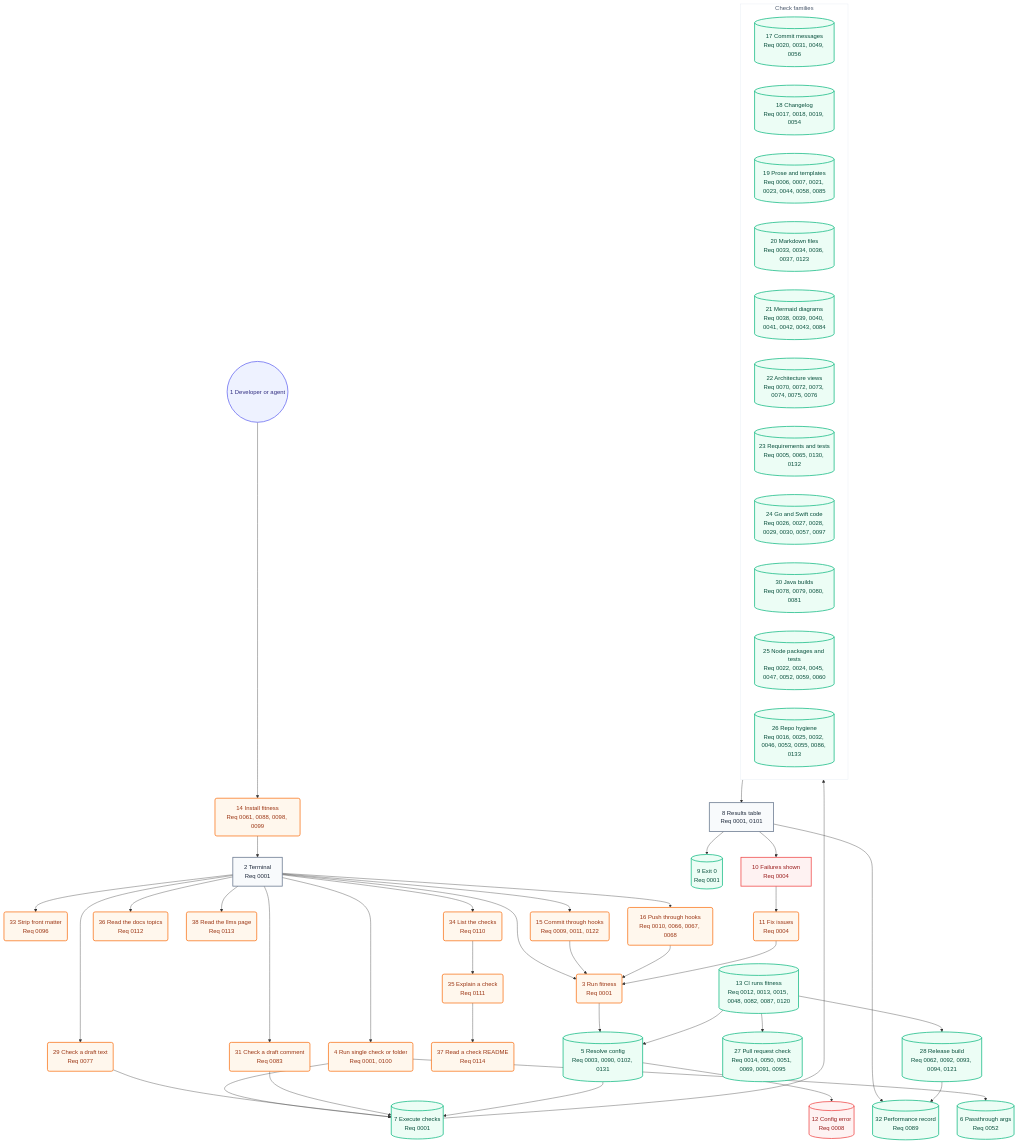
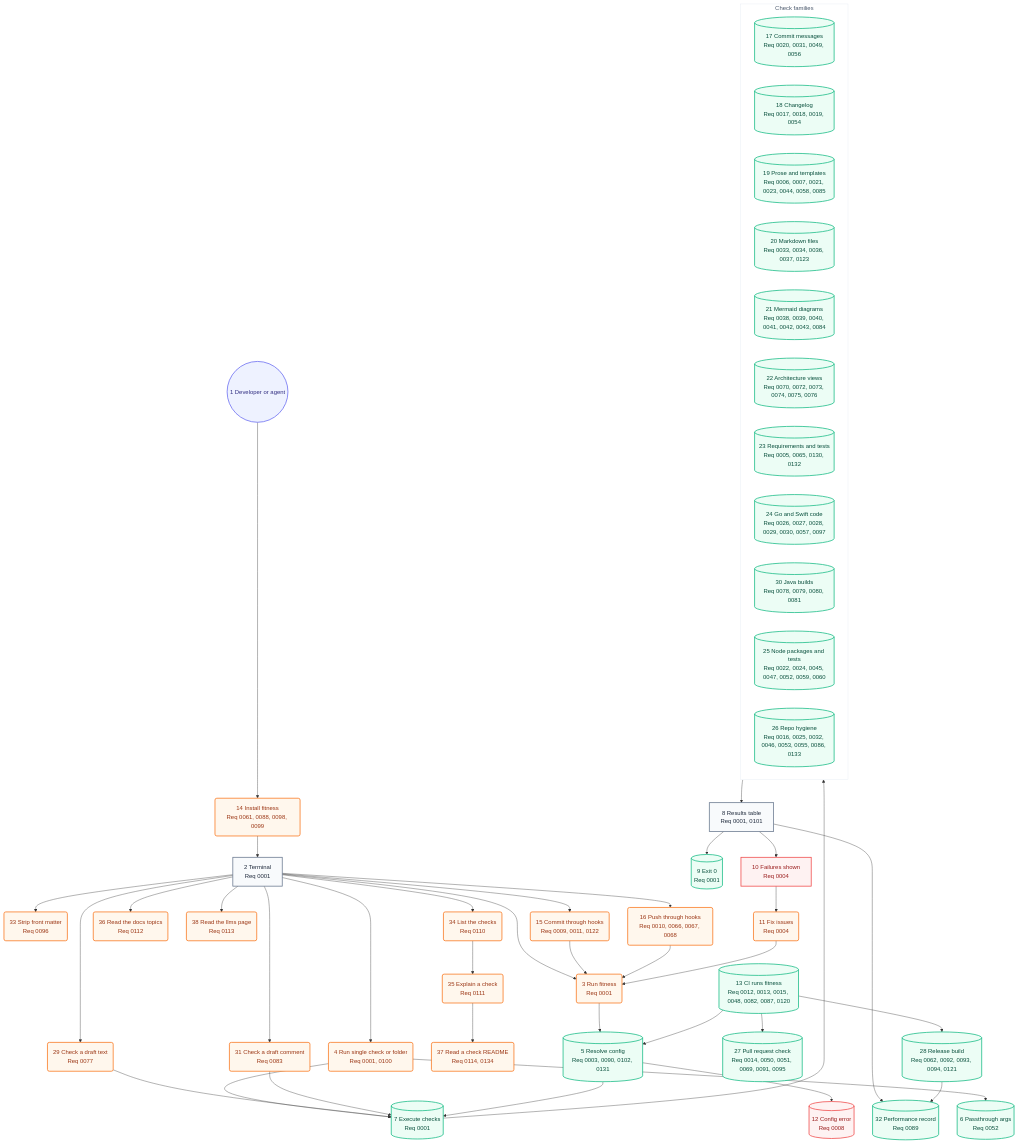
One commit to may-journal/fitness-runner changed the second of 2 diagrams in docs/architecture/05-user-journey.md. Above: the diagram before and after it, drawn with Mermaid. The commit also changed other lines of this file and 136 other files, not shown here.

First line of the commit message:
feat(architecture): name each package's container and component in its doc comment

```diff
--- a/docs/architecture/05-user-journey.md
+++ b/docs/architecture/05-user-journey.md
@@ -45,7 +45,7 @@
     listChecks(34 List the checks<br/>Req 0110):::action
     explainCheck(35 Explain a check<br/>Req 0111):::action
     readDocs(36 Read the docs topics<br/>Req 0112):::action
-    readReadme(37 Read a check README<br/>Req 0114):::action
+    readReadme(37 Read a check README<br/>Req 0114, 0134):::action
     readLLMs(38 Read the llms page<br/>Req 0113):::action
     commitHook(15 Commit through hooks<br/>Req 0009, 0011, 0122):::action
     pushHook(16 Push through hooks<br/>Req 0010, 0066, 0067, 0068):::action
```
